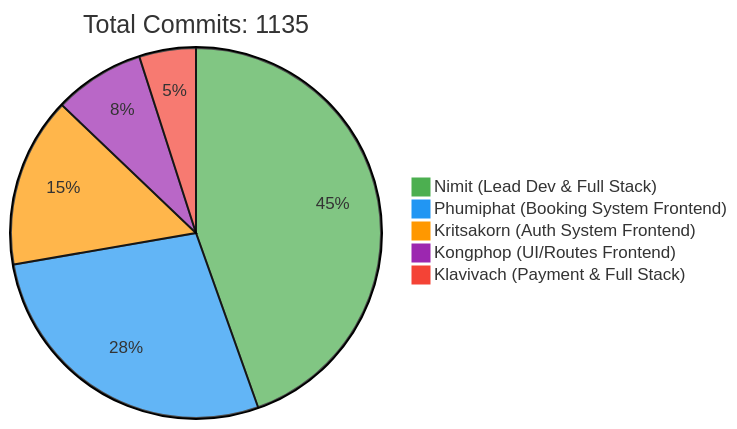
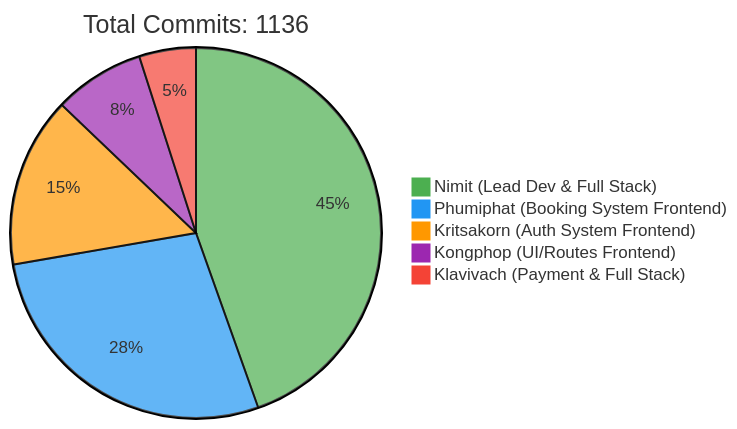
Before and after one commit to 6531503042/Sport-Complex: the first of 2 diagrams in README.md, drawn with Mermaid. The commit also changed other lines of this file, not shown here.

Commit message:
docs: Update contributor statistics [skip ci]

````diff
--- a/README.md
+++ b/README.md
@@ -257,10 +257,10 @@
 ```mermaid
 %%{init: {'theme': 'base', 'themeVariables': { 'pie1': '#4CAF50', 'pie2': '#2196F3', 'pie3': '#FF9800', 'pie4': '#9C27B0', 'pie5': '#F44336'}}}%%
 pie
-    title Total Commits: 1135
+    title Total Commits: 1136
     "Nimit (Lead Dev & Full Stack)" : 450
     "Phumiphat (Booking System Frontend)" : 280
     "Kritsakorn (Auth System Frontend)" : 150
     "Kongphop (UI/Routes Frontend)" : 80
     "Klavivach (Payment & Full Stack)" : 50
 ```
````
